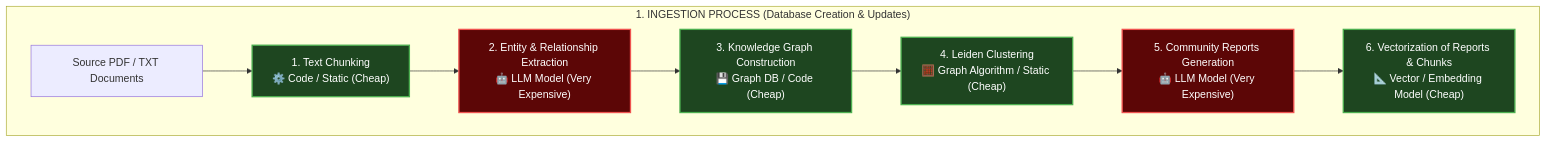
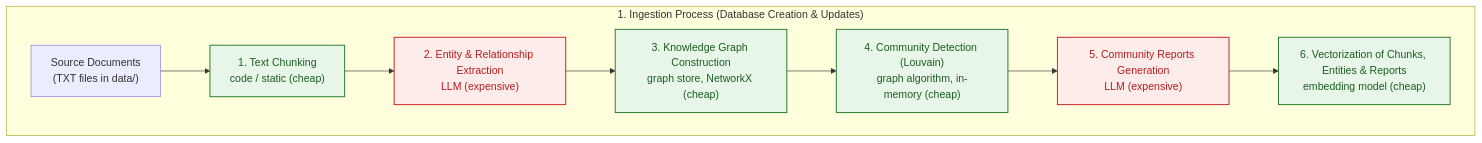
The third of 4 diagrams in README.md (sebastianbrzustowicz/Agentic-GraphRAG-Blueprint), drawn with Mermaid before and after one commit. The commit also changed other lines of this file, not shown here.

Commit message:
docs: align README with prototype implementation
Replace Leiden clustering references with Louvain (python-louvain) in the Level 2 diagram and Core Features; workflow diagrams already reflect the implemented pipeline (client-selected search mode, TXT sources, chunk/entity/report vectorization).

````diff
--- a/README.md
+++ b/README.md
@@ -76,17 +76,17 @@
 ```mermaid
 flowchart TD
-    subgraph Ingestion ["1. INGESTION PROCESS (Database Creation & Updates)"]
-        A[Source PDF / TXT Documents] --> B["1. Text Chunking<br/>⚙️ Code / Static (Cheap)"]
-        B --> C["2. Entity & Relationship Extraction<br/>🤖 LLM Model (Very Expensive)"]
-        C --> D["3. Knowledge Graph Construction<br/>💾 Graph DB / Code (Cheap)"]
-        D --> E["4. Leiden Clustering<br/>🧮 Graph Algorithm / Static (Cheap)"]
-        E --> F["5. Community Reports Generation<br/>🤖 LLM Model (Very Expensive)"]
-        F --> G["6. Vectorization of Reports & Chunks<br/>📐 Vector / Embedding Model (Cheap)"]
+    subgraph Ingestion ["1. Ingestion Process (Database Creation & Updates)"]
+        A["Source Documents<br/>(TXT files in data/)"] --> B["1. Text Chunking<br/>code / static (cheap)"]
+        B --> C["2. Entity & Relationship Extraction<br/>LLM (expensive)"]
+        C --> D["3. Knowledge Graph Construction<br/>graph store, NetworkX (cheap)"]
+        D --> E["4. Community Detection (Louvain)<br/>graph algorithm, in-memory (cheap)"]
+        E --> F["5. Community Reports Generation<br/>LLM (expensive)"]
+        F --> G["6. Vectorization of Chunks, Entities & Reports<br/>embedding model (cheap)"]
     end
 
     class B,D,E,G cheap;
     class C,F expensive;
 
-    classDef cheap fill:#1e4620,stroke:#4caf50,color:#fff,stroke-width:2px;
-    classDef expensive fill:#5c0606,stroke:#ef5350,color:#fff,stroke-width:2px;
+    classDef cheap fill:#e8f5e9,stroke:#2e7d32,stroke-width:1.5px,color:#1b5e20;
+    classDef expensive fill:#fdecea,stroke:#c62828,stroke-width:1.5px,color:#b71c1c;
 ```
````
